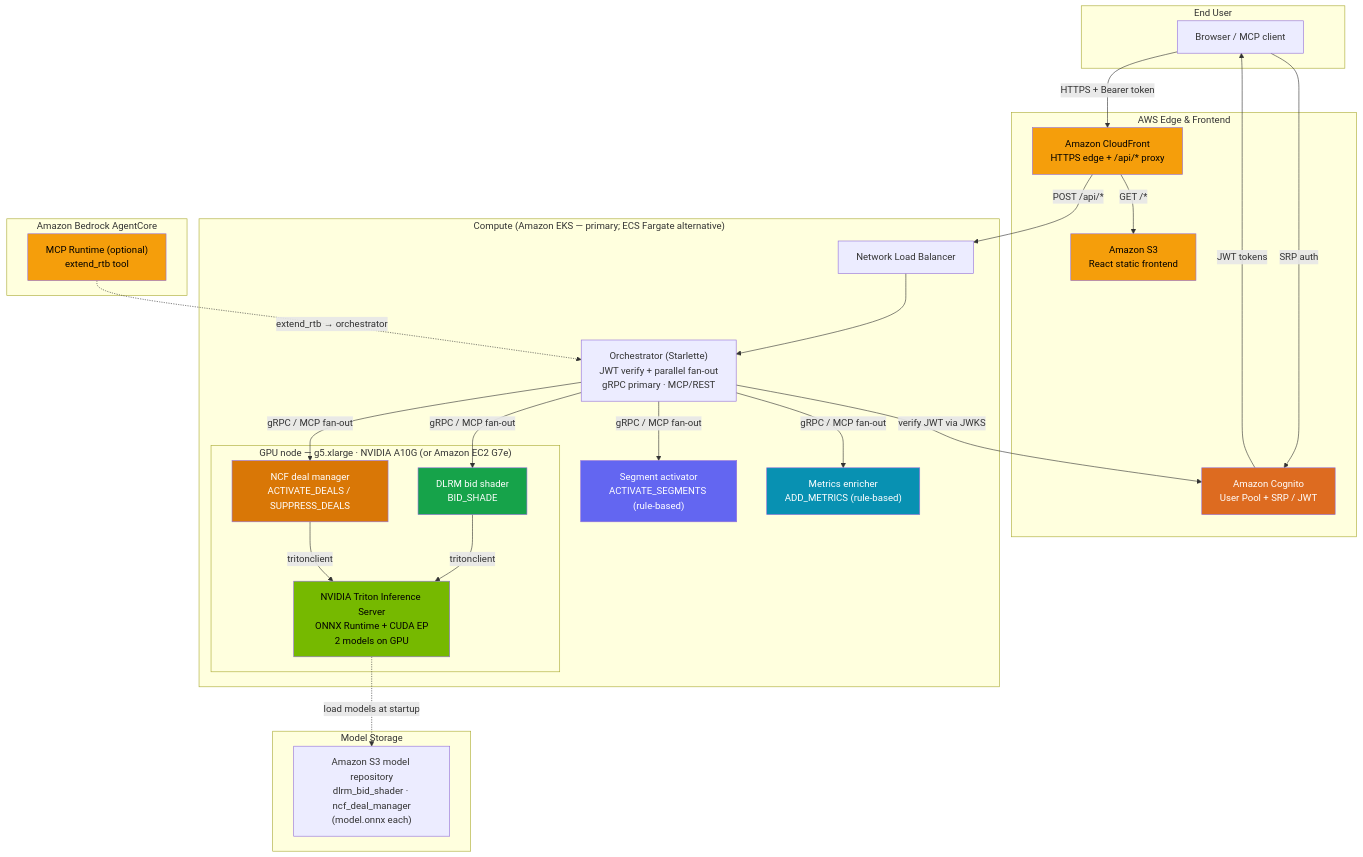
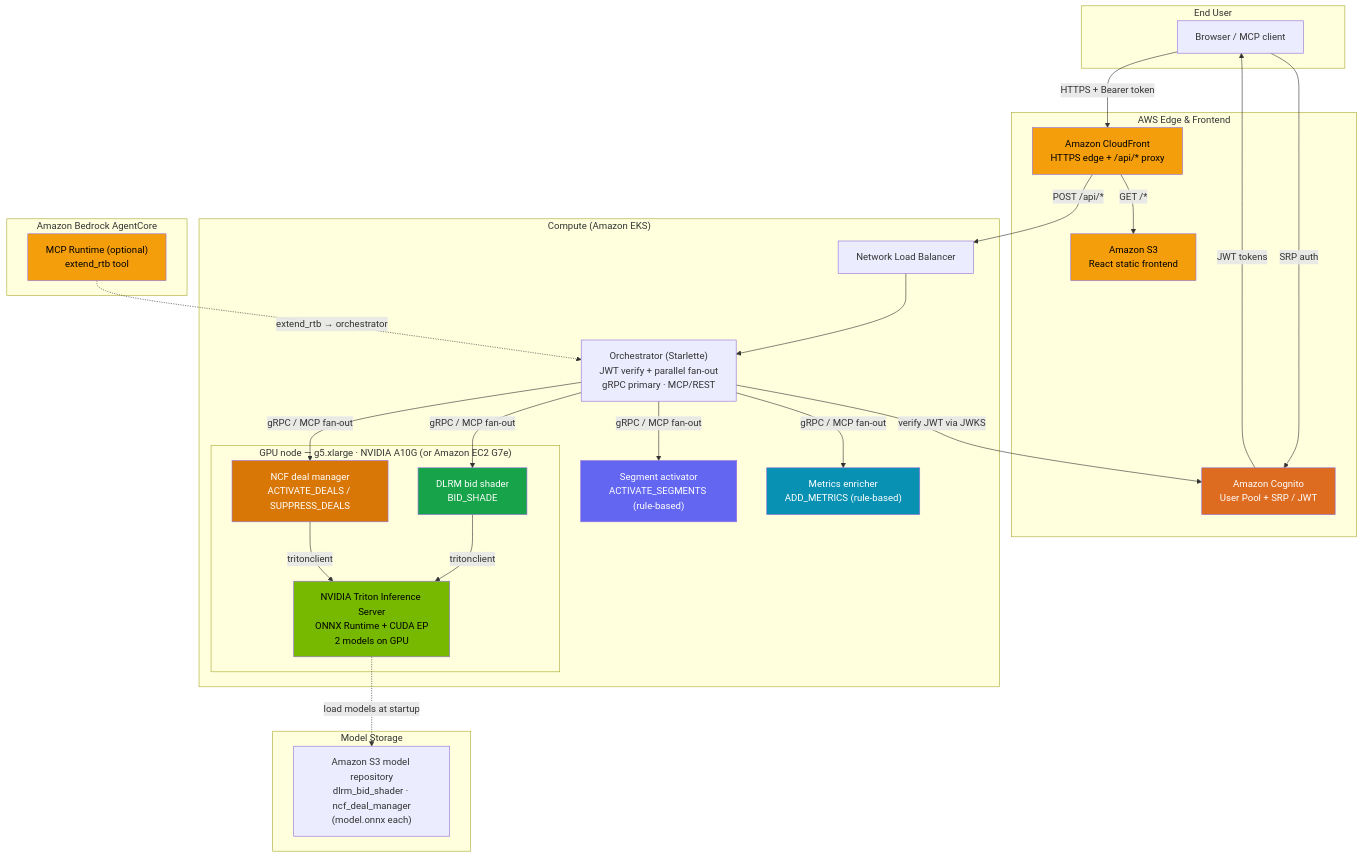
The diagram in assets/images/architecture.md (aws-solutions-library-samples/guidance-for-accelerator-optimized-agentic-bidding-on-aws), drawn with Mermaid before and after one commit. The commit also changed other lines of this file and 18 other files, not shown here.

````diff
--- a/assets/images/architecture.md
+++ b/assets/images/architecture.md
@@ -62,60 +62,60 @@
 ```mermaid
 graph TB
     subgraph User["End User"]
         Browser["Browser / MCP client"]
     end
 
     subgraph Edge["AWS Edge & Frontend"]
         CF["Amazon CloudFront<br/>HTTPS edge + /api/* proxy"]
         S3F["Amazon S3<br/>React static frontend"]
         COG["Amazon Cognito<br/>User Pool + SRP / JWT"]
     end
 
-    subgraph EKS["Compute (Amazon EKS — primary; ECS Fargate alternative)"]
+    subgraph EKS["Compute (Amazon EKS)"]
         NLB["Network Load Balancer"]
         ORCH["Orchestrator (Starlette)<br/>JWT verify + parallel fan-out<br/>gRPC primary · MCP/REST"]
 
         subgraph GPU["GPU node — g5.xlarge · NVIDIA A10G (or Amazon EC2 G7e)"]
             TRITON["NVIDIA Triton Inference Server<br/>ONNX Runtime + CUDA EP<br/>2 models on GPU"]
             DLRM_C["DLRM bid shader<br/>BID_SHADE"]
             NCF_C["NCF deal manager<br/>ACTIVATE_DEALS / SUPPRESS_DEALS"]
         end
 
         WD_C["Segment activator<br/>ACTIVATE_SEGMENTS (rule-based)"]
         MET_C["Metrics enricher<br/>ADD_METRICS (rule-based)"]
     end
 
     subgraph Models["Model Storage"]
         S3M["Amazon S3 model repository<br/>dlrm_bid_shader · ncf_deal_manager<br/>(model.onnx each)"]
     end
 
     subgraph Bedrock["Amazon Bedrock AgentCore"]
         AC["MCP Runtime (optional)<br/>extend_rtb tool"]
     end
 
     Browser -->|"SRP auth"| COG
     COG -->|"JWT tokens"| Browser
     Browser -->|"HTTPS + Bearer token"| CF
     CF -->|"GET /*"| S3F
     CF -->|"POST /api/*"| NLB
     NLB --> ORCH
     ORCH -->|"verify JWT via JWKS"| COG
     ORCH -->|"gRPC / MCP fan-out"| DLRM_C
     ORCH -->|"gRPC / MCP fan-out"| WD_C
     ORCH -->|"gRPC / MCP fan-out"| NCF_C
     ORCH -->|"gRPC / MCP fan-out"| MET_C
     DLRM_C -->|"tritonclient"| TRITON
     NCF_C -->|"tritonclient"| TRITON
     TRITON -.->|"load models at startup"| S3M
     AC -.->|"extend_rtb → orchestrator"| ORCH
 
     style TRITON fill:#76b900,color:#000
     style DLRM_C fill:#16a34a,color:#fff
     style WD_C fill:#6366f1,color:#fff
     style NCF_C fill:#d97706,color:#fff
     style MET_C fill:#0891b2,color:#fff
     style CF fill:#f59e0b,color:#000
     style S3F fill:#f59e0b,color:#000
     style COG fill:#dd6b20,color:#fff
     style AC fill:#f59e0b,color:#000
 ```
````
